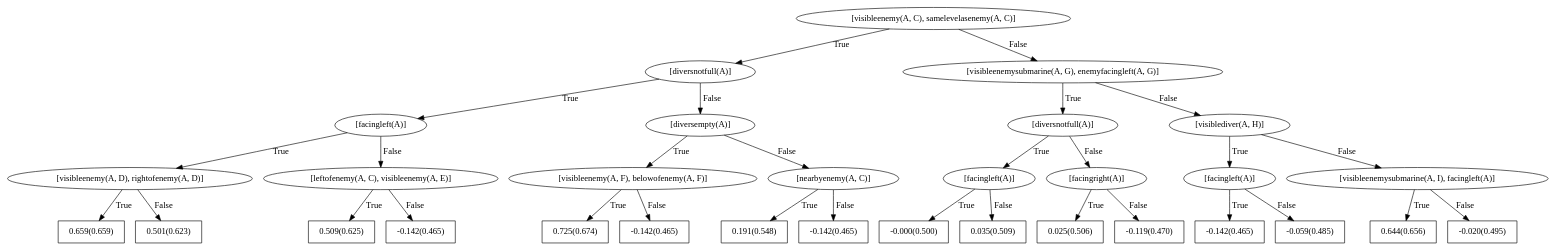
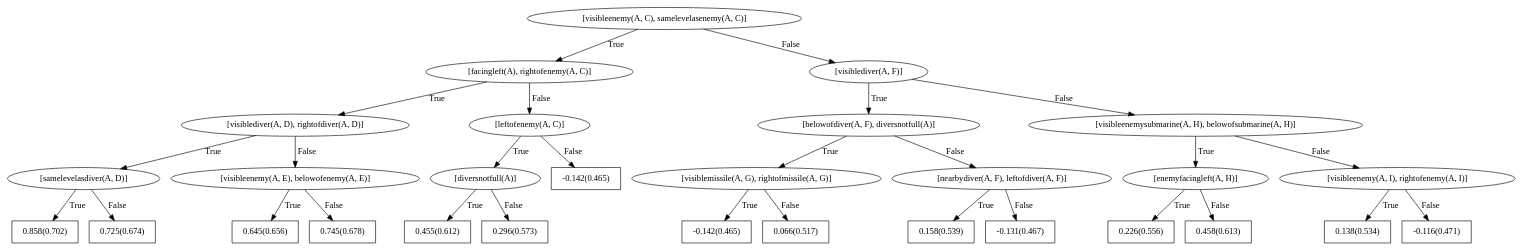
Before and after one commit to nikhileshp/NeSY-Imitation-Learning: the diagram in rdn_models/seaquest/single_t/54_RZ_2461867/negpos_2_trees_1_depth_3_grounding_penalty/fire/bRDNs/dotFiles/WILLTreeFor_action0.dot, drawn with Graphviz. The commit also changed 684 other files, not shown here.

```diff
--- a/rdn_models/seaquest/single_t/54_RZ_2461867/negpos_2_trees_1_depth_3_grounding_penalty/fire/bRDNs/dotFiles/WILLTreeFor_action0.dot
+++ b/rdn_models/seaquest/single_t/54_RZ_2461867/negpos_2_trees_1_depth_3_grounding_penalty/fire/bRDNs/dotFiles/WILLTreeFor_action0.dot
@@ -1,63 +1,59 @@
 digraph G{ 
 1[label = "[visibleenemy(A, C), samelevelasenemy(A, C)]"];
 1 -> 2[label="True"];
 1 -> 3[label="False"];
-2[label = "[diversnotfull(A)]"];
+2[label = "[facingleft(A), rightofenemy(A, C)]"];
 2 -> 4[label="True"];
 2 -> 5[label="False"];
-4[label = "[facingleft(A)]"];
+4[label = "[visiblediver(A, D), rightofdiver(A, D)]"];
 4 -> 6[label="True"];
 4 -> 7[label="False"];
-6[label = "[visibleenemy(A, D), rightofenemy(A, D)]"];
+6[label = "[samelevelasdiver(A, D)]"];
 6 -> 8[label="True"];
 6 -> 9[label="False"];
-8[shape = box,label = "0.659(0.659)"];
-9[shape = box,label = "0.501(0.623)"];
-7[label = "[leftofenemy(A, C), visibleenemy(A, E)]"];
+8[shape = box,label = "0.858(0.702)"];
+9[shape = box,label = "0.725(0.674)"];
+7[label = "[visibleenemy(A, E), belowofenemy(A, E)]"];
 7 -> 10[label="True"];
 7 -> 11[label="False"];
-10[shape = box,label = "0.509(0.625)"];
-11[shape = box,label = "-0.142(0.465)"];
-5[label = "[diversempty(A)]"];
+10[shape = box,label = "0.645(0.656)"];
+11[shape = box,label = "0.745(0.678)"];
+5[label = "[leftofenemy(A, C)]"];
 5 -> 12[label="True"];
 5 -> 13[label="False"];
-12[label = "[visibleenemy(A, F), belowofenemy(A, F)]"];
+12[label = "[diversnotfull(A)]"];
 12 -> 14[label="True"];
 12 -> 15[label="False"];
-14[shape = box,label = "0.725(0.674)"];
-15[shape = box,label = "-0.142(0.465)"];
-13[label = "[nearbyenemy(A, C)]"];
-13 -> 16[label="True"];
-13 -> 17[label="False"];
-16[shape = box,label = "0.191(0.548)"];
-17[shape = box,label = "-0.142(0.465)"];
-3[label = "[visibleenemysubmarine(A, G), enemyfacingleft(A, G)]"];
-3 -> 18[label="True"];
-3 -> 19[label="False"];
-18[label = "[diversnotfull(A)]"];
+14[shape = box,label = "0.455(0.612)"];
+15[shape = box,label = "0.296(0.573)"];
+13[shape = box,label = "-0.142(0.465)"];
+3[label = "[visiblediver(A, F)]"];
+3 -> 16[label="True"];
+3 -> 17[label="False"];
+16[label = "[belowofdiver(A, F), diversnotfull(A)]"];
+16 -> 18[label="True"];
+16 -> 19[label="False"];
+18[label = "[visiblemissile(A, G), rightofmissile(A, G)]"];
 18 -> 20[label="True"];
 18 -> 21[label="False"];
-20[label = "[facingleft(A)]"];
-20 -> 22[label="True"];
-20 -> 23[label="False"];
-22[shape = box,label = "-0.000(0.500)"];
-23[shape = box,label = "0.035(0.509)"];
-21[label = "[facingright(A)]"];
-21 -> 24[label="True"];
-21 -> 25[label="False"];
-24[shape = box,label = "0.025(0.506)"];
-25[shape = box,label = "-0.119(0.470)"];
-19[label = "[visiblediver(A, H)]"];
-19 -> 26[label="True"];
-19 -> 27[label="False"];
-26[label = "[facingleft(A)]"];
-26 -> 28[label="True"];
-26 -> 29[label="False"];
-28[shape = box,label = "-0.142(0.465)"];
-29[shape = box,label = "-0.059(0.485)"];
-27[label = "[visibleenemysubmarine(A, I), facingleft(A)]"];
-27 -> 30[label="True"];
-27 -> 31[label="False"];
-30[shape = box,label = "0.644(0.656)"];
-31[shape = box,label = "-0.020(0.495)"];
+20[shape = box,label = "-0.142(0.465)"];
+21[shape = box,label = "0.066(0.517)"];
+19[label = "[nearbydiver(A, F), leftofdiver(A, F)]"];
+19 -> 22[label="True"];
+19 -> 23[label="False"];
+22[shape = box,label = "0.158(0.539)"];
+23[shape = box,label = "-0.131(0.467)"];
+17[label = "[visibleenemysubmarine(A, H), belowofsubmarine(A, H)]"];
+17 -> 24[label="True"];
+17 -> 25[label="False"];
+24[label = "[enemyfacingleft(A, H)]"];
+24 -> 26[label="True"];
+24 -> 27[label="False"];
+26[shape = box,label = "0.226(0.556)"];
+27[shape = box,label = "0.458(0.613)"];
+25[label = "[visibleenemy(A, I), rightofenemy(A, I)]"];
+25 -> 28[label="True"];
+25 -> 29[label="False"];
+28[shape = box,label = "0.138(0.534)"];
+29[shape = box,label = "-0.116(0.471)"];
 }
```
